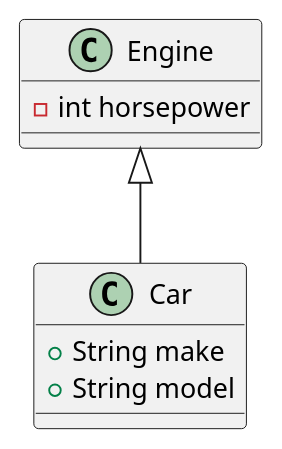
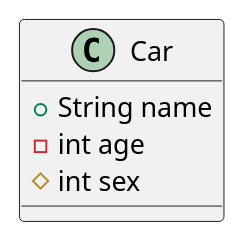
Before and after one commit to liuyaocool/note: the first of 3 diagrams in java/uml.md, drawn with PlantUML. The commit also changed other lines of this file and 5 other files, not shown here.

````diff
--- a/java/uml.md
+++ b/java/uml.md
@@ -21,16 +20,9 @@
 ```puml
 @startuml
-
 class Car {
-    +String make
-    +String model
+    + String name
+    - int age
+    # int sex
 }
-
-class Engine {
-    -int horsepower
-}
-
-Engine <|-- Car
-
 @enduml
 ```
````
